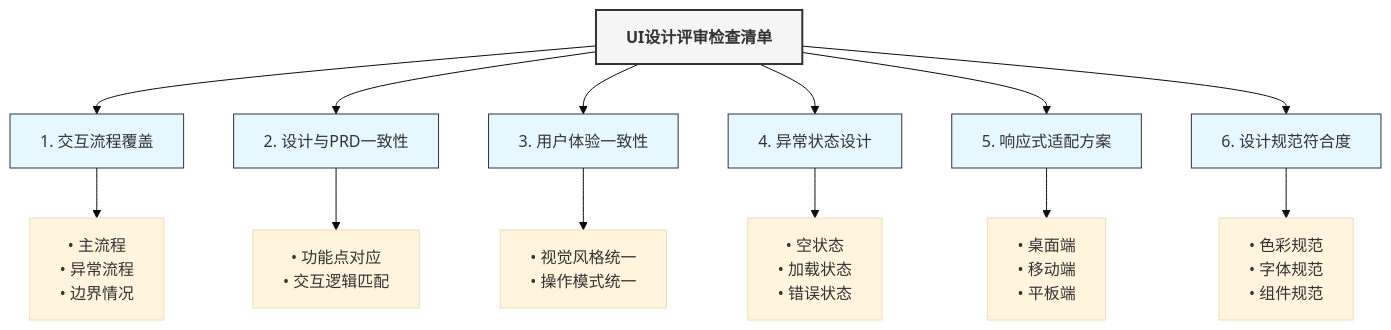
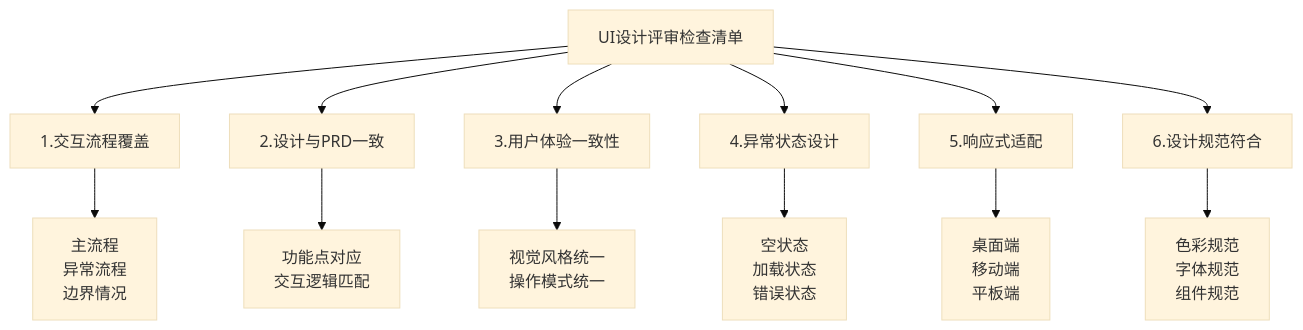
Before and after one commit to Taskon-xyz/PR: the third of 11 diagrams in 开发流程图.md, drawn with Mermaid (base theme). The commit also changed other lines of this file and 2 other files, not shown here.

````diff
--- a/开发流程图.md
+++ b/开发流程图.md
@@ -80,24 +46,16 @@
 ```mermaid
-graph TB
-    classDef mainNode fill:#f5f5f5,stroke:#333,stroke-width:2px,color:#333,font-weight:bold
-    classDef subNode fill:#e6f7ff,stroke:#333,stroke-width:1px
+graph TD
+    UI_Check[UI设计评审检查清单] --> C1[1.交互流程覆盖]
+    UI_Check --> C2[2.设计与PRD一致]
+    UI_Check --> C3[3.用户体验一致性]
+    UI_Check --> C4[4.异常状态设计]
+    UI_Check --> C5[5.响应式适配]
+    UI_Check --> C6[6.设计规范符合]
     
-    UI_Check["UI设计评审检查清单"]
-    
-    UI_Check --> Flow["1. 交互流程覆盖"]
-    UI_Check --> PRDMatch["2. 设计与PRD一致性"]
-    UI_Check --> UX["3. 用户体验一致性"]
-    UI_Check --> States["4. 异常状态设计"]
-    UI_Check --> Responsive["5. 响应式适配方案"]
-    UI_Check --> Standards["6. 设计规范符合度"]
-    
-    Flow --> Flow1["• 主流程<br>• 异常流程<br>• 边界情况"]
-    PRDMatch --> PRDMatch1["• 功能点对应<br>• 交互逻辑匹配"]
-    UX --> UX1["• 视觉风格统一<br>• 操作模式统一"]
-    States --> States1["• 空状态<br>• 加载状态<br>• 错误状态"]
-    Responsive --> Resp1["• 桌面端<br>• 移动端<br>• 平板端"]
-    Standards --> Std1["• 色彩规范<br>• 字体规范<br>• 组件规范"]
-    
-    class UI_Check mainNode
-    class Flow,PRDMatch,UX,States,Responsive,Standards subNode
+    C1 --> C1_1[主流程<br>异常流程<br>边界情况]
+    C2 --> C2_1[功能点对应<br>交互逻辑匹配]
+    C3 --> C3_1[视觉风格统一<br>操作模式统一]
+    C4 --> C4_1[空状态<br>加载状态<br>错误状态]
+    C5 --> C5_1[桌面端<br>移动端<br>平板端]
+    C6 --> C6_1[色彩规范<br>字体规范<br>组件规范]
 ```
````
